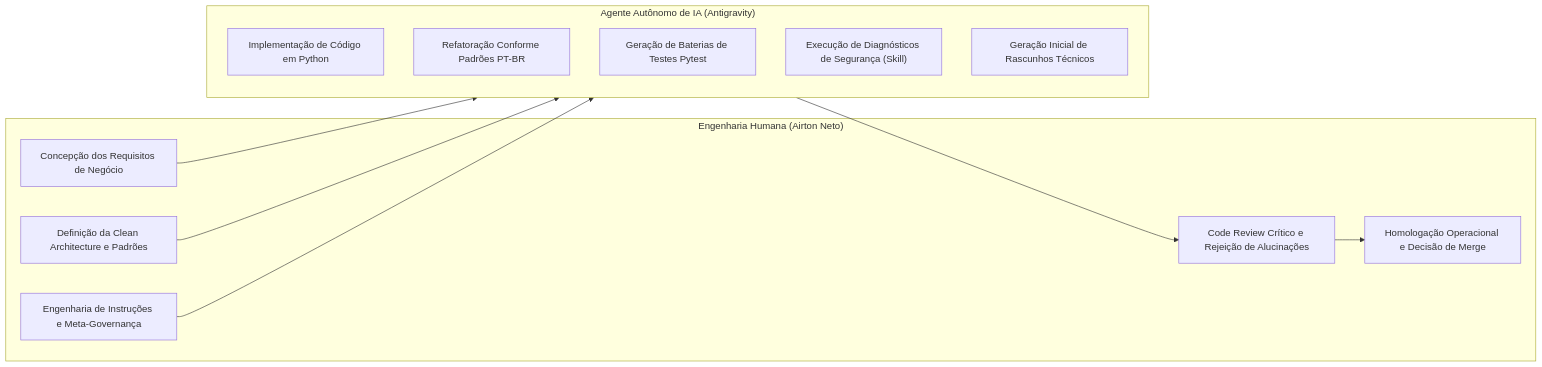
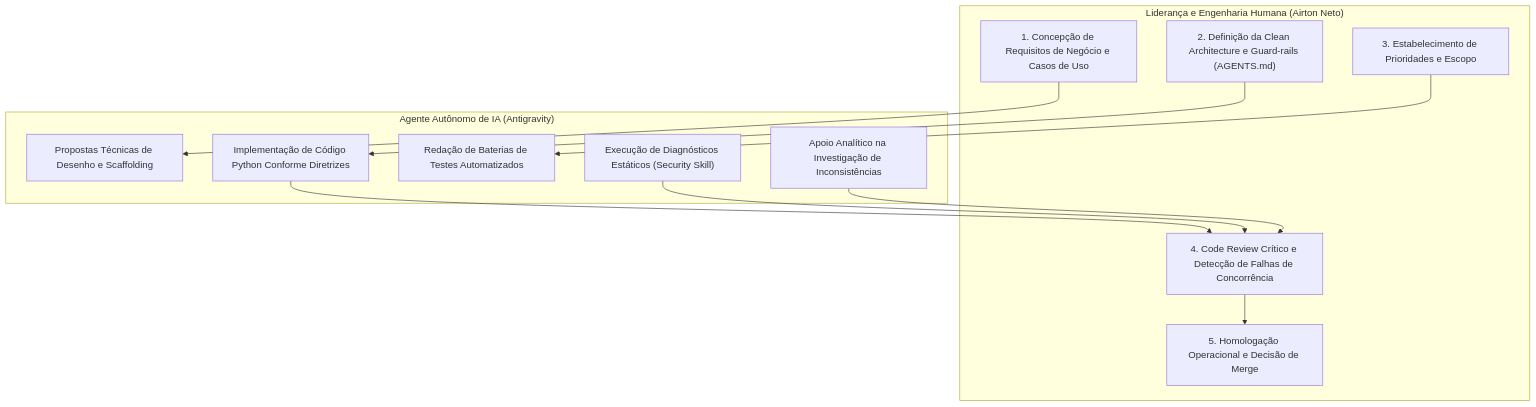
The eighth of 8 diagrams in docs/caderno_tecnico.md (AirtonNettu/reusable-ai-backend-architecture), drawn with Mermaid before and after one commit. The commit also changed other lines of this file, not shown here.

First line of the commit message:
docs: aprofundar caderno tecnico dos sete pilares (#7)

````diff
--- a/docs/caderno_tecnico.md
+++ b/docs/caderno_tecnico.md
@@ -202,24 +428,26 @@
 ```mermaid
-flowchart LR
-    subgraph LiderancaHumana ["Engenharia Humana (Airton Neto)"]
-        Concepcao["Concepção dos Requisitos de Negócio"]
-        Arquitetura["Definição da Clean Architecture e Padrões"]
-        EngPrompts["Engenharia de Instruções e Meta-Governança"]
-        CodeReview["Code Review Crítico e Rejeição de Alucinações"]
-        Homologacao["Homologação Operacional e Decisão de Merge"]
+flowchart TD
+    subgraph GovernancaHumana ["Liderança e Engenharia Humana (Airton Neto)"]
+        Requisitos["1. Concepção de Requisitos de Negócio e Casos de Uso"]
+        ArquiteturaDef["2. Definição da Clean Architecture e Guard-rails (AGENTS.md)"]
+        Prioridades["3. Estabelecimento de Prioridades e Escopo"]
+        CodeReview["4. Code Review Crítico e Detecção de Falhas de Concorrência"]
+        Aprovacao["5. Homologação Operacional e Decisão de Merge"]
     end
 
-    subgraph AgenteIA ["Agente Autônomo de IA (Antigravity)"]
-        Scaffolding["Implementação de Código em Python"]
-        Refatoracao["Refatoração Conforme Padrões PT-BR"]
-        TestesAuto["Geração de Baterias de Testes Pytest"]
-        AuditoriaSkill["Execução de Diagnósticos de Segurança (Skill)"]
-        Documentacao["Geração Inicial de Rascunhos Técnicos"]
+    subgraph AgentesIA ["Agente Autônomo de IA (Antigravity)"]
+        Scaffolding["Propostas Técnicas de Desenho e Scaffolding"]
+        Implementacao["Implementação de Código Python Conforme Diretrizes"]
+        TestesPytest["Redação de Baterias de Testes Automatizados"]
+        AuditoriaSkill["Execução de Diagnósticos Estáticos (Security Skill)"]
+        ApoioRevisao["Apoio Analítico na Investigação de Inconsistências"]
     end
 
-    Concepcao --> AgenteIA
-    Arquitetura --> AgenteIA
-    EngPrompts --> AgenteIA
-    AgenteIA --> CodeReview
-    CodeReview --> Homologacao
+    Requisitos --> Scaffolding
+    ArquiteturaDef --> Implementacao
+    Prioridades --> TestesPytest
+    Implementacao --> CodeReview
+    AuditoriaSkill --> CodeReview
+    ApoioRevisao --> CodeReview
+    CodeReview --> Aprovacao
 ```
````
